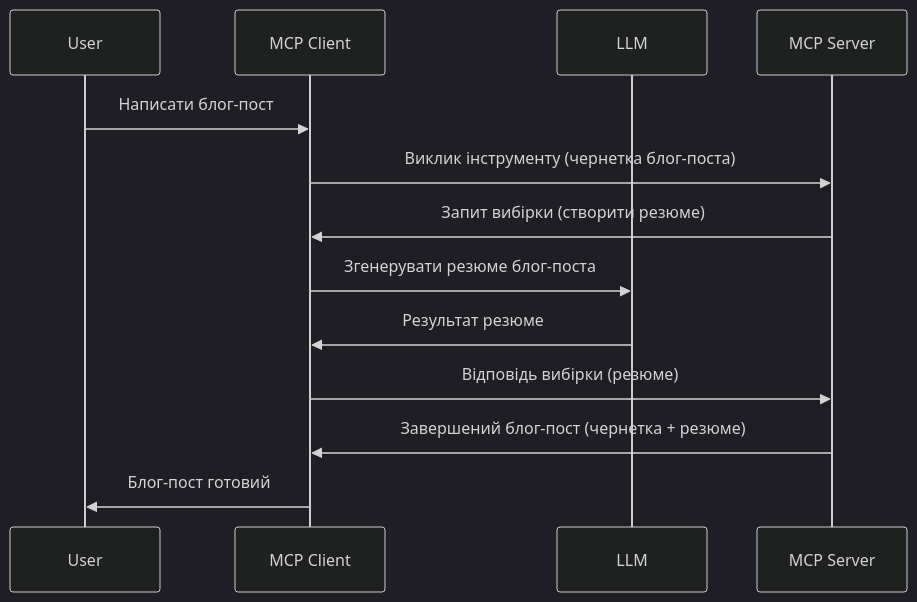
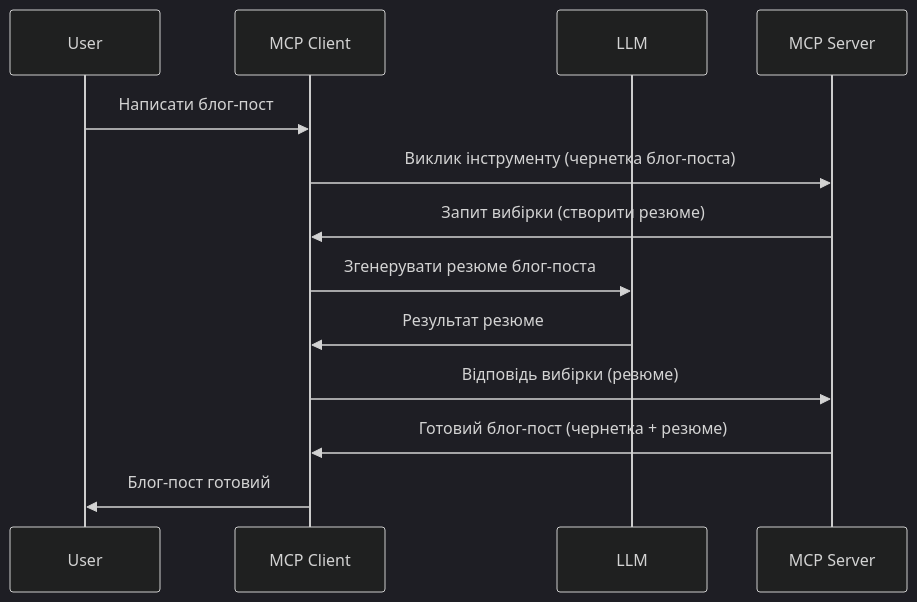
One commit to HIDORAKAI002/ai-workspace-archive changed the diagram in mcp_ecosystem__model_context_protocol/mcp_learning_resources/mcp-for-beginners/translations/uk/03-GettingStarted/14-sampling/README.md. Above: the diagram before and after it, drawn with Mermaid (dark theme). The commit also changed other lines of this file and 1539 other files, not shown here.

````diff
--- a/mcp_ecosystem__model_context_protocol/mcp_learning_resources/mcp-for-beginners/translations/uk/03-GettingStarted/14-sampling/README.md
+++ b/mcp_ecosystem__model_context_protocol/mcp_learning_resources/mcp-for-beginners/translations/uk/03-GettingStarted/14-sampling/README.md
@@ -23,16 +23,16 @@
 ```mermaid
 sequenceDiagram
     participant User
     participant MCP Client
     participant LLM
     participant MCP Server
 
     User->>MCP Client: Написати блог-пост
     MCP Client->>MCP Server: Виклик інструменту (чернетка блог-поста)
     MCP Server->>MCP Client: Запит вибірки (створити резюме)
     MCP Client->>LLM: Згенерувати резюме блог-поста
     LLM->>MCP Client: Результат резюме
     MCP Client->>MCP Server: Відповідь вибірки (резюме)
-    MCP Server->>MCP Client: Завершений блог-пост (чернетка + резюме)
+    MCP Server->>MCP Client: Готовий блог-пост (чернетка + резюме)
     MCP Client->>User: Блог-пост готовий
 ```
````
